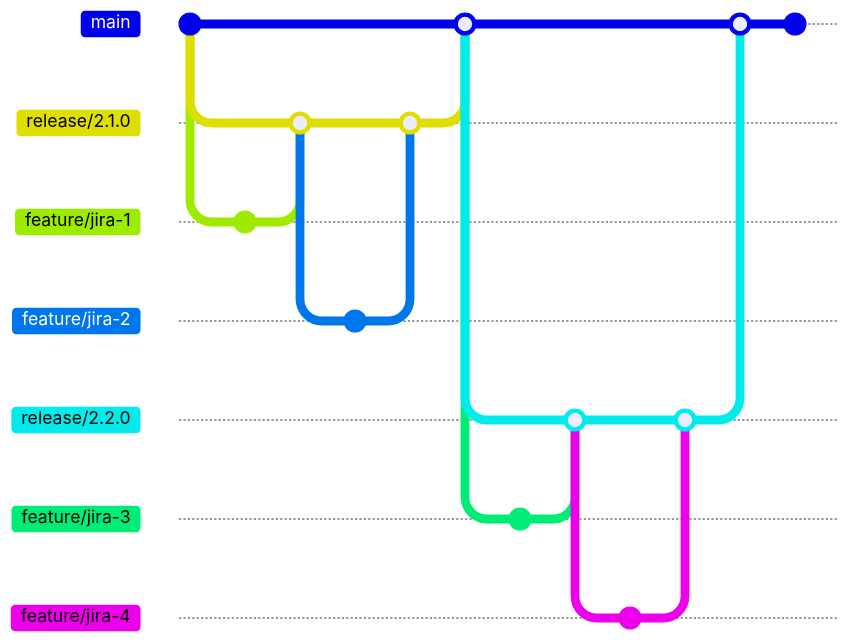
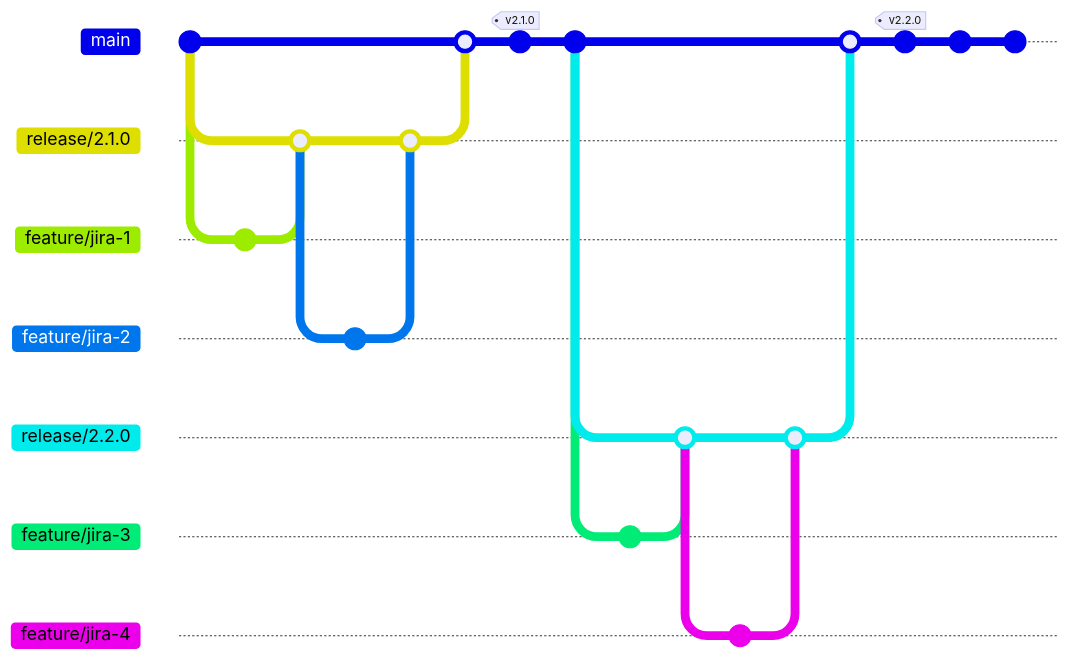
The second of 2 diagrams in blog/2025-04-22-trunkbase-kanban/index.mdx (larousso/larousso.github.com), drawn with Mermaid before and after one commit. The commit also changed other lines of this file and 1 other file, not shown here. Commit ids are hidden.

````diff
--- a/blog/2025-04-22-trunkbase-kanban/index.mdx
+++ b/blog/2025-04-22-trunkbase-kanban/index.mdx
@@ -85,33 +91,37 @@
 ```mermaid
 gitGraph:
     commit "init"
     branch release/2.1.0
     checkout release/2.1.0
     branch feature/jira-1
     checkout feature/jira-1
     commit id:"Feature 1"
     checkout release/2.1.0
     merge feature/jira-1
     branch feature/jira-2
     checkout feature/jira-2
     commit id:"Feature 2"
     checkout release/2.1.0
     merge feature/jira-2
     checkout main
     merge release/2.1.0
+    commit tag:"v2.1.0"
+    commit id: "Version 2.2.0-SNAPSHOT"
     branch release/2.2.0
     checkout release/2.2.0
     branch feature/jira-3
     checkout feature/jira-3
     commit id:"Feature 3"
     checkout release/2.2.0
     merge feature/jira-3
     branch feature/jira-4
     checkout feature/jira-4
     commit id:"Feature 4"
     checkout release/2.2.0
     merge feature/jira-4
     checkout main
     merge release/2.2.0
+    commit tag:"v2.2.0"
+    commit id: "Version 2.3.0-SNAPSHOT"
     commit
 ```
````
